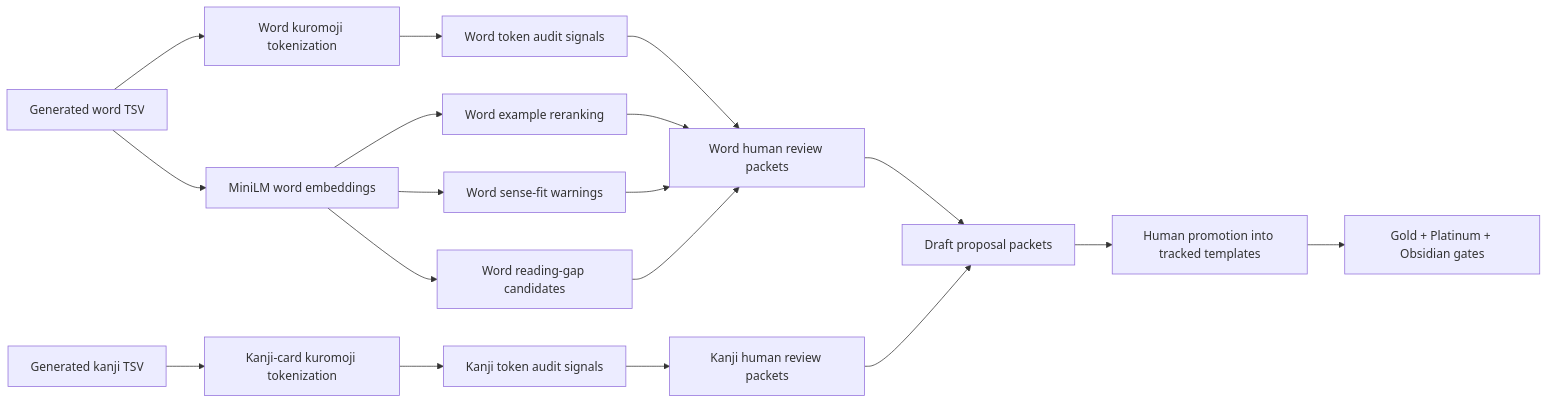
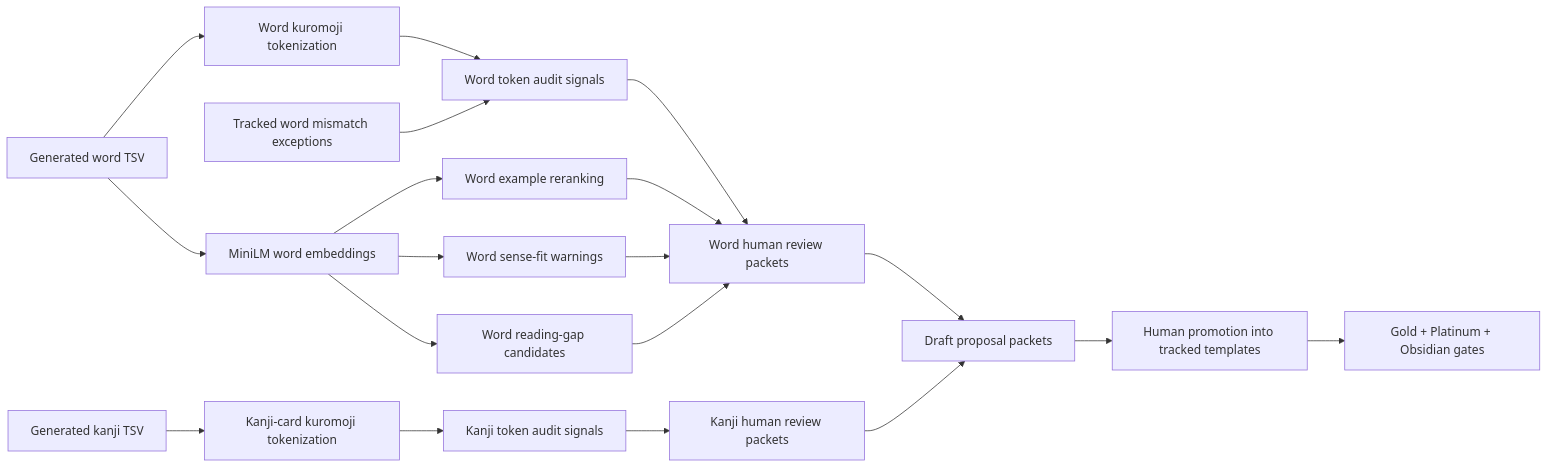
One commit to JeremiahM18/japanese-kanji-anki-builder changed the second of 2 diagrams in README.md. Above: the diagram before and after it, drawn with Mermaid. The commit also changed other lines of this file and 11 other files, not shown here.

First line of the commit message:
fix(nlp): govern word tokenizer reading exceptions

````diff
--- a/README.md
+++ b/README.md
@@ -34,20 +34,21 @@
 ```mermaid
 flowchart LR
     A["Generated word TSV"] --> B["Word kuromoji tokenization"]
     A --> C["MiniLM word embeddings"]
     B --> D["Word token audit signals"]
+    P["Tracked word mismatch exceptions"] --> D
     C --> E["Word example reranking"]
     C --> F["Word sense-fit warnings"]
     C --> G["Word reading-gap candidates"]
     D --> H["Word human review packets"]
     E --> H
     F --> H
     G --> H
     K["Generated kanji TSV"] --> L["Kanji-card kuromoji tokenization"]
     L --> M["Kanji token audit signals"]
     M --> N["Kanji human review packets"]
     H --> I["Draft proposal packets"]
     N --> I
     I --> J["Human promotion into tracked templates"]
     J --> O["Gold + Platinum + Obsidian gates"]
 ```
````
